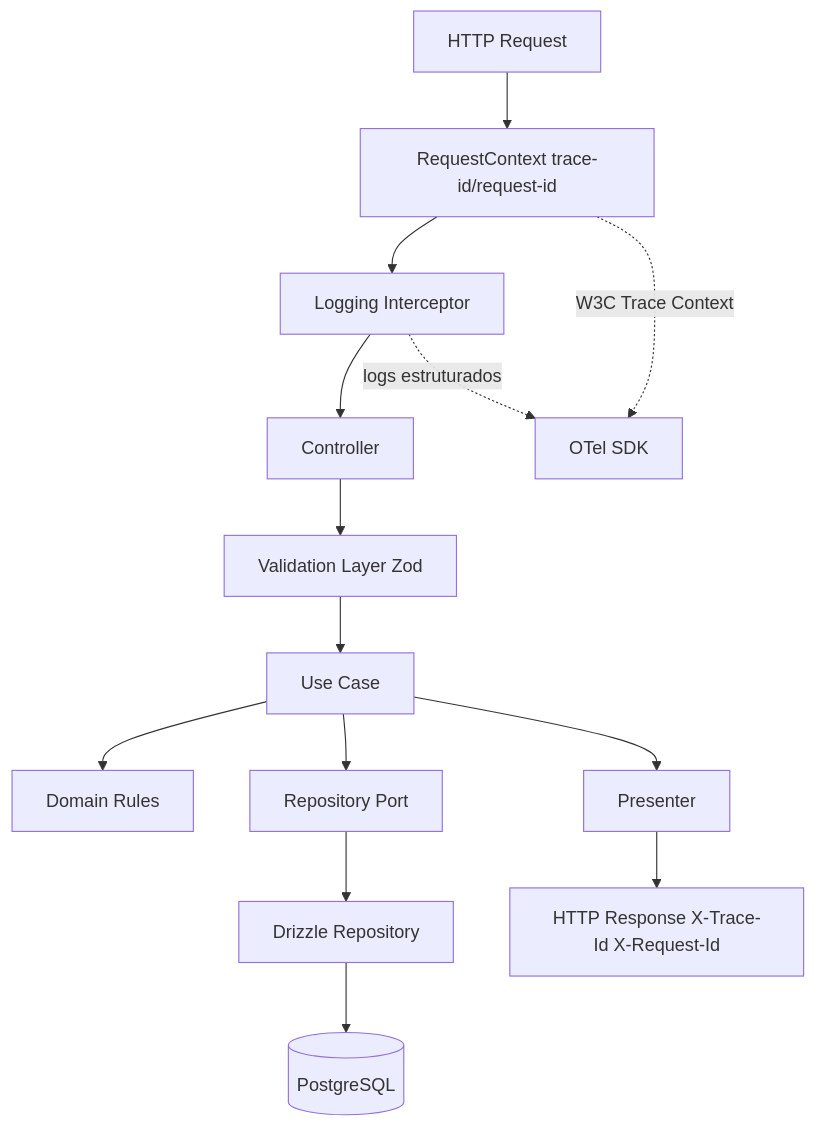
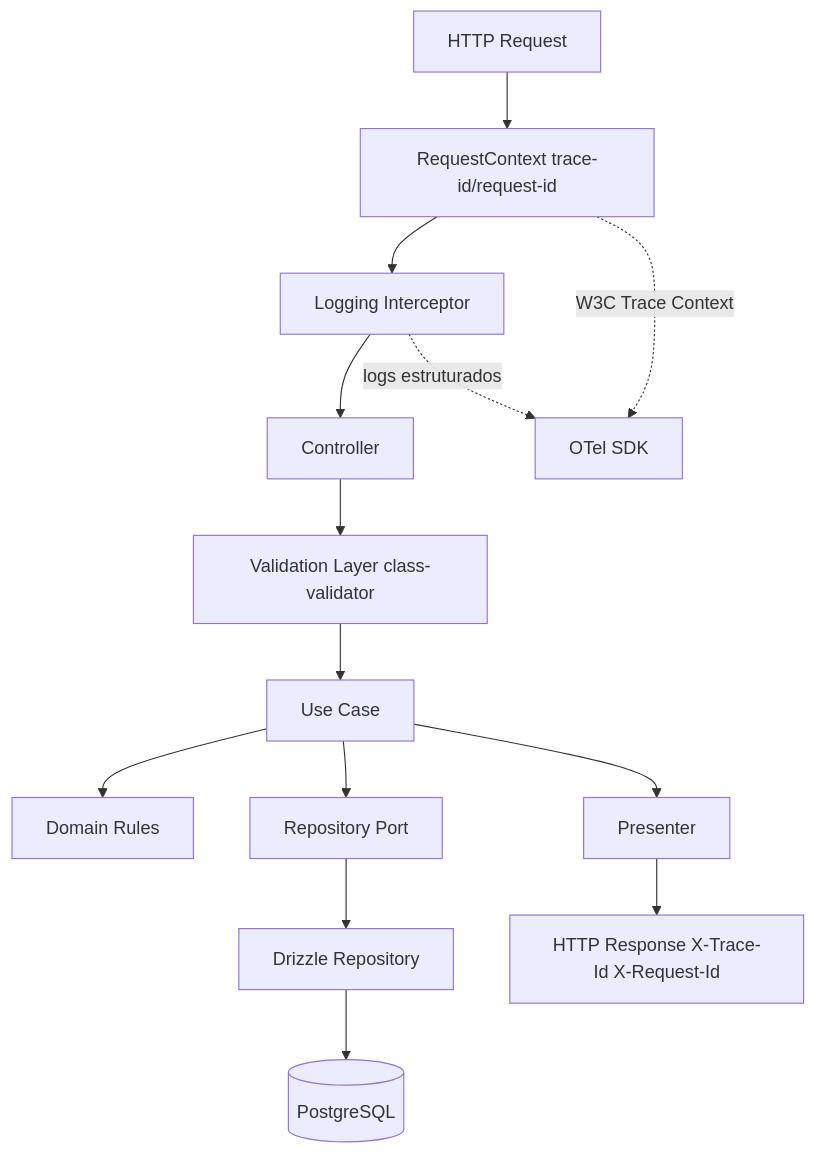
Before and after one commit to joisiney/short-url-api: the fourth of 5 diagrams in README.md, drawn with Mermaid. The commit also changed other lines of this file and 1 other file, not shown here.

First line of the commit message:
docs: update validation architecture from zod to DTO pipes

````diff
--- a/README.md
+++ b/README.md
@@ -145,16 +145,16 @@
 ```mermaid
 flowchart TD
     A[HTTP Request] --> B[RequestContext trace-id/request-id]
     B --> C[Logging Interceptor]
     C --> D[Controller]
-    D --> E[Validation Layer Zod]
+    D --> E[Validation Layer class-validator]
     E --> F[Use Case]
     F --> G[Domain Rules]
     F --> H[Repository Port]
     H --> I[Drizzle Repository]
     I --> J[(PostgreSQL)]
     F --> K[Presenter]
     K --> L[HTTP Response X-Trace-Id X-Request-Id]
     B -.->|W3C Trace Context| OTel[OTel SDK]
     C -.->|logs estruturados| OTel
 ```
````
